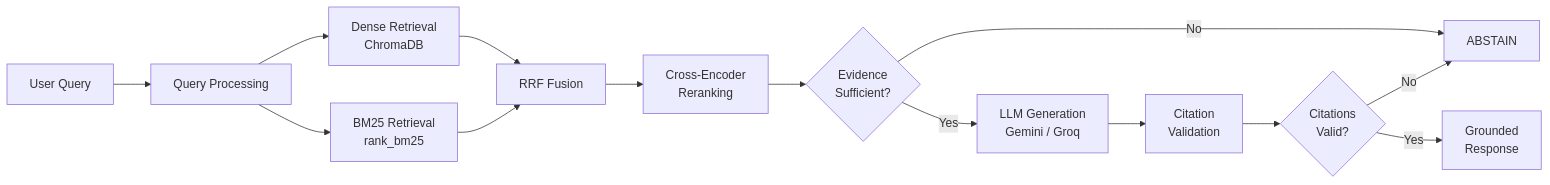
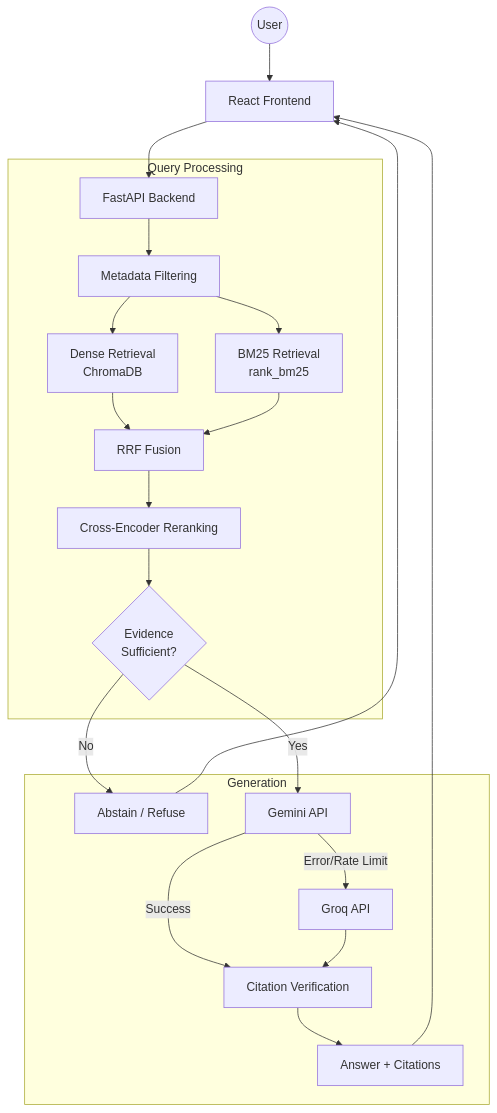
Before and after one commit to Manvendra9830/Mavenir_Low_Hallucination_Chatbot: the first of 2 diagrams in README.md, drawn with Mermaid. The commit also changed other lines of this file and 2 other files, not shown here.

````diff
--- a/README.md
+++ b/README.md
@@ -61,16 +44,27 @@
 ```mermaid
-graph LR
-    A[User Query] --> B[Query Processing]
-    B --> C[Dense Retrieval<br/>ChromaDB]
-    B --> D[BM25 Retrieval<br/>rank_bm25]
-    C --> E[RRF Fusion]
-    D --> E
-    E --> F[Cross-Encoder<br/>Reranking]
-    F --> G{Evidence<br/>Sufficient?}
-    G -- No --> H[ABSTAIN]
-    G -- Yes --> I[LLM Generation<br/>Gemini / Groq]
-    I --> J[Citation<br/>Validation]
-    J --> K{Citations<br/>Valid?}
-    K -- No --> H
-    K -- Yes --> L[Grounded<br/>Response]
+graph TD
+    User((User)) --> UI[React Frontend]
+    UI --> API[FastAPI Backend]
+    
+    subgraph Query Processing
+        API --> Filter[Metadata Filtering]
+        Filter --> Dense[Dense Retrieval<br/>ChromaDB]
+        Filter --> Sparse[BM25 Retrieval<br/>rank_bm25]
+        Dense --> RRF[RRF Fusion]
+        Sparse --> RRF
+        RRF --> Reranker[Cross-Encoder Reranking]
+        Reranker --> Evidence{Evidence<br/>Sufficient?}
+    end
+    
+    subgraph Generation
+        Evidence -- No --> Abstain[Abstain / Refuse]
+        Evidence -- Yes --> LLM_Primary[Gemini API]
+        LLM_Primary -- Error/Rate Limit --> LLM_Fallback[Groq API]
+        LLM_Primary -- Success --> Verifier[Citation Verification]
+        LLM_Fallback --> Verifier
+        Verifier --> Response[Answer + Citations]
+    end
+    
+    Abstain --> UI
+    Response --> UI
 ```
````
